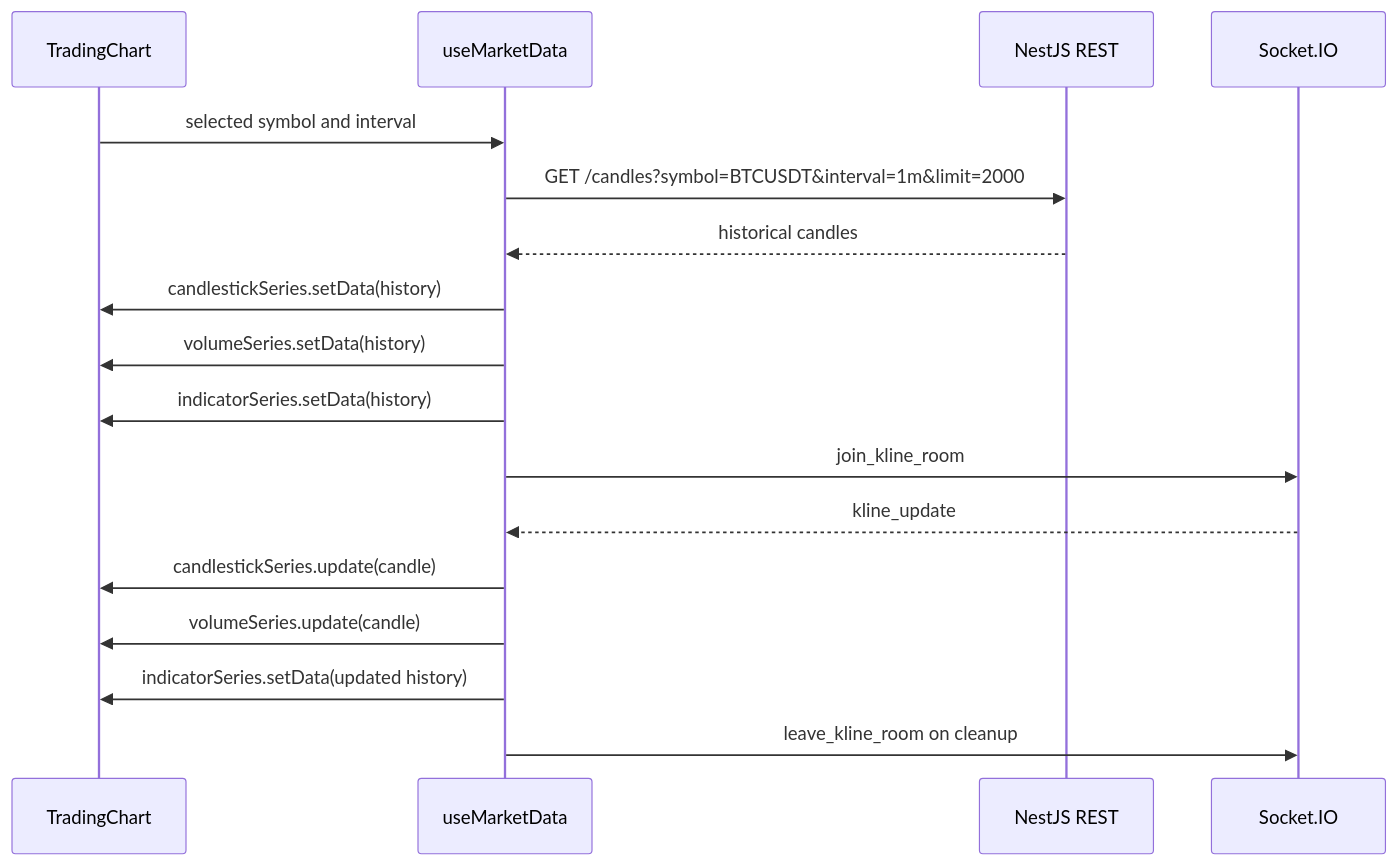
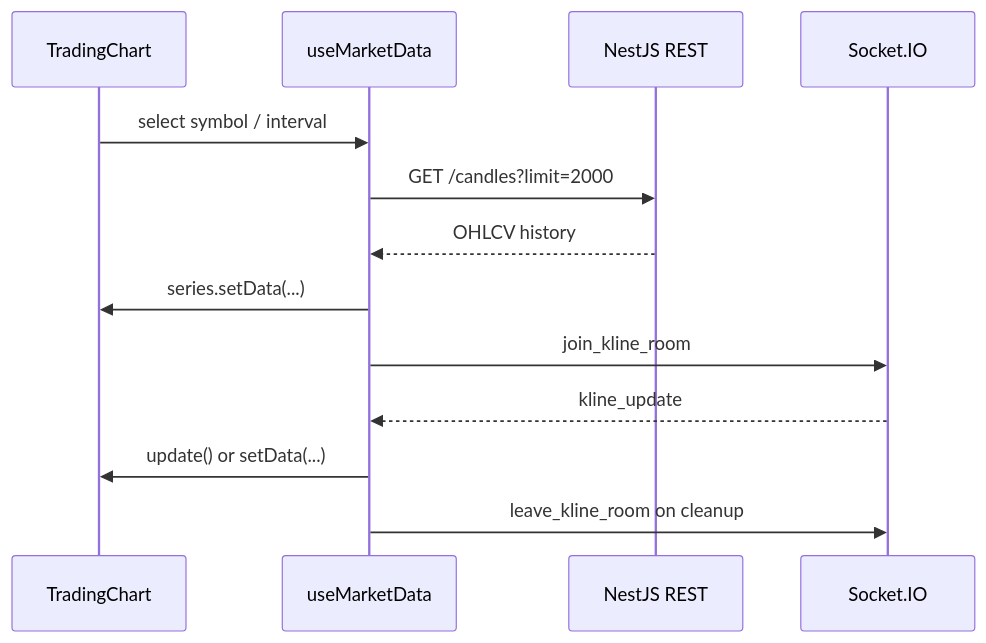
One commit to Zane-Theodore/NexTick changed the diagram in frontend/README.md. Above: the diagram before and after it, drawn with Mermaid. The commit also changed other lines of this file and 3 other files, not shown here.

````diff
--- a/frontend/README.md
+++ b/frontend/README.md
@@ -131,20 +41,16 @@
 ```mermaid
 sequenceDiagram
   participant UI as TradingChart
-  participant Hook as useMarketData
+  participant H as useMarketData
   participant API as NestJS REST
-  participant Socket as Socket.IO
+  participant WS as Socket.IO
 
-  UI->>Hook: selected symbol and interval
-  Hook->>API: GET /candles?symbol=BTCUSDT&interval=1m&limit=2000
-  API-->>Hook: historical candles
-  Hook->>UI: candlestickSeries.setData(history)
-  Hook->>UI: volumeSeries.setData(history)
-  Hook->>UI: indicatorSeries.setData(history)
-  Hook->>Socket: join_kline_room
-  Socket-->>Hook: kline_update
-  Hook->>UI: candlestickSeries.update(candle)
-  Hook->>UI: volumeSeries.update(candle)
-  Hook->>UI: indicatorSeries.setData(updated history)
-  Hook->>Socket: leave_kline_room on cleanup
+  UI->>H: select symbol / interval
+  H->>API: GET /candles?limit=2000
+  API-->>H: OHLCV history
+  H->>UI: series.setData(...)
+  H->>WS: join_kline_room
+  WS-->>H: kline_update
+  H->>UI: update() or setData(...)
+  H->>WS: leave_kline_room on cleanup
 ```
````
